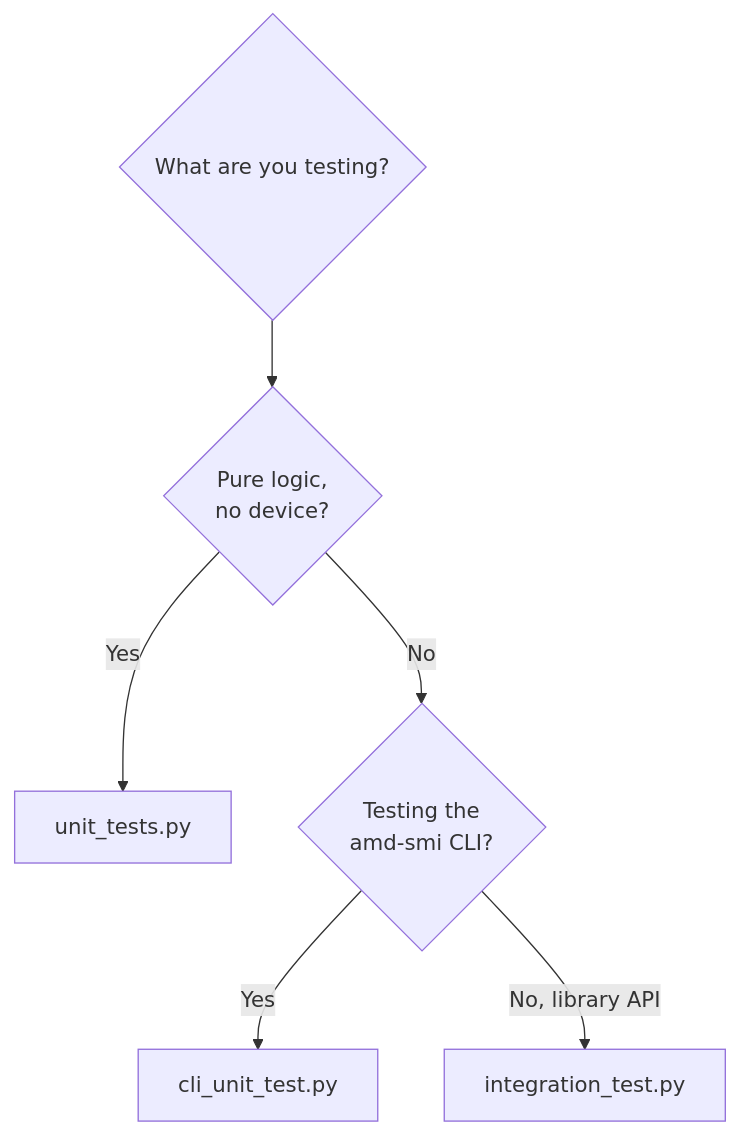
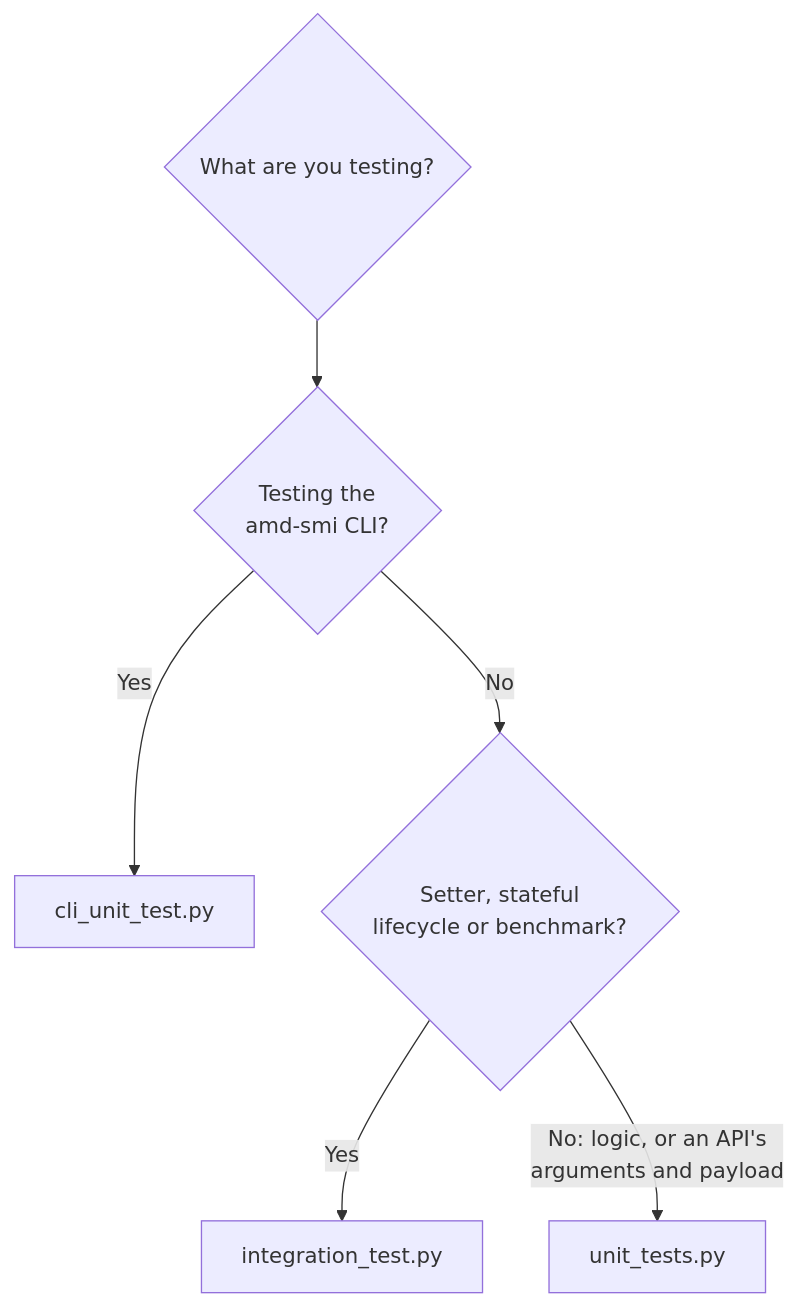
One commit to ROCm/rocm-systems changed the second of 4 diagrams in projects/amdsmi/tests/python/README.md. Above: the diagram before and after it, drawn with Mermaid. The commit also changed other lines of this file and 2 other files, not shown here.

First line of the commit message:
docs(amdsmi): describe the unit API tier and its known failures

````diff
--- a/projects/amdsmi/tests/python/README.md
+++ b/projects/amdsmi/tests/python/README.md
@@ -120,8 +138,8 @@
 ```mermaid
 flowchart TD
-    Q{What are you testing?} --> L{Pure logic,<br/>no device?}
-    L -->|Yes| UT[unit_tests.py]
-    L -->|No| H{Testing the<br/>amd-smi CLI?}
-    H -->|Yes| CT[cli_unit_test.py]
-    H -->|No, library API| IT[integration_test.py]
+    Q{What are you testing?} --> C{Testing the<br/>amd-smi CLI?}
+    C -->|Yes| CT[cli_unit_test.py]
+    C -->|No| S{Setter, stateful<br/>lifecycle or benchmark?}
+    S -->|Yes| IT[integration_test.py]
+    S -->|No: logic, or an API's<br/>arguments and payload| UT[unit_tests.py]
 ```
````
